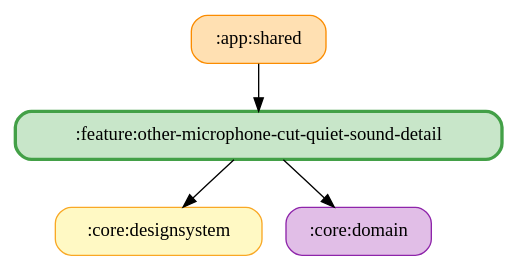
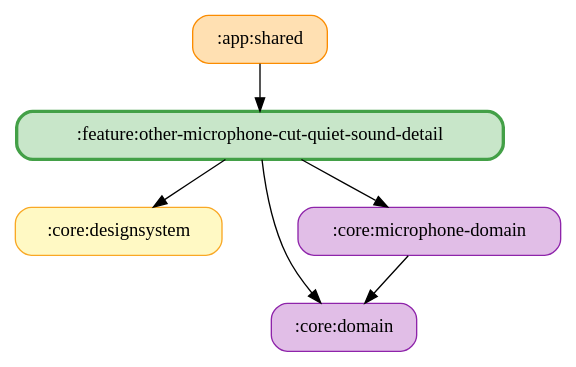
Before and after one commit to ai-kurou/KoDriver: the diagram in docs/graphs/feature-other-microphone-cut-quiet-sound-detail.gv, drawn with Graphviz. The commit also changed 58 other files, not shown here.

Commit message:
chore: update module graph images

```diff
--- a/docs/graphs/feature-other-microphone-cut-quiet-sound-detail.gv
+++ b/docs/graphs/feature-other-microphone-cut-quiet-sound-detail.gv
@@ -1,11 +1,14 @@
 digraph G {
   rankdir=TB
   node [shape=box, style="rounded,filled"]
   ":app:shared" [fillcolor="#FFE0B2", color="#FB8C00", penwidth=1]
   ":core:designsystem" [fillcolor="#FFF9C4", color="#F9A825", penwidth=1]
   ":core:domain" [fillcolor="#E1BEE7", color="#8E24AA", penwidth=1]
+  ":core:microphone-domain" [fillcolor="#E1BEE7", color="#8E24AA", penwidth=1]
   ":feature:other-microphone-cut-quiet-sound-detail" [fillcolor="#C8E6C9", color="#43A047", penwidth=2.5]
   ":app:shared" -> ":feature:other-microphone-cut-quiet-sound-detail"
+  ":core:microphone-domain" -> ":core:domain"
   ":feature:other-microphone-cut-quiet-sound-detail" -> ":core:domain"
   ":feature:other-microphone-cut-quiet-sound-detail" -> ":core:designsystem"
+  ":feature:other-microphone-cut-quiet-sound-detail" -> ":core:microphone-domain"
 }
```
